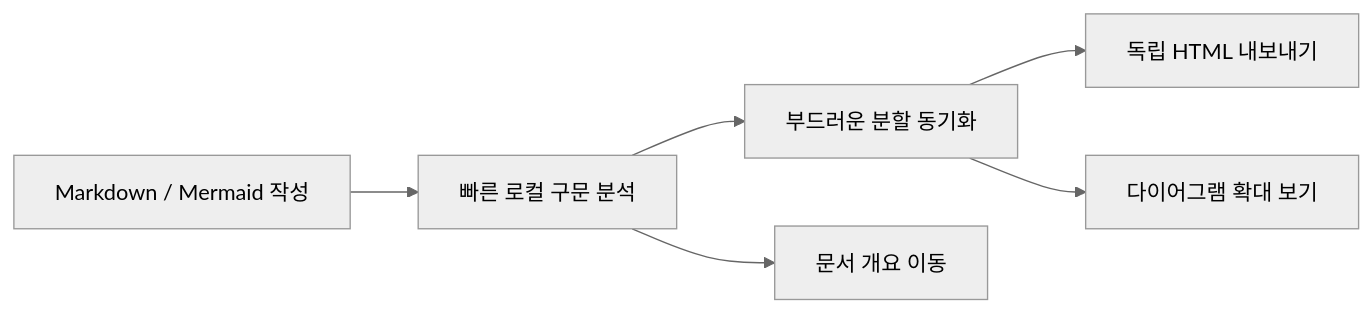
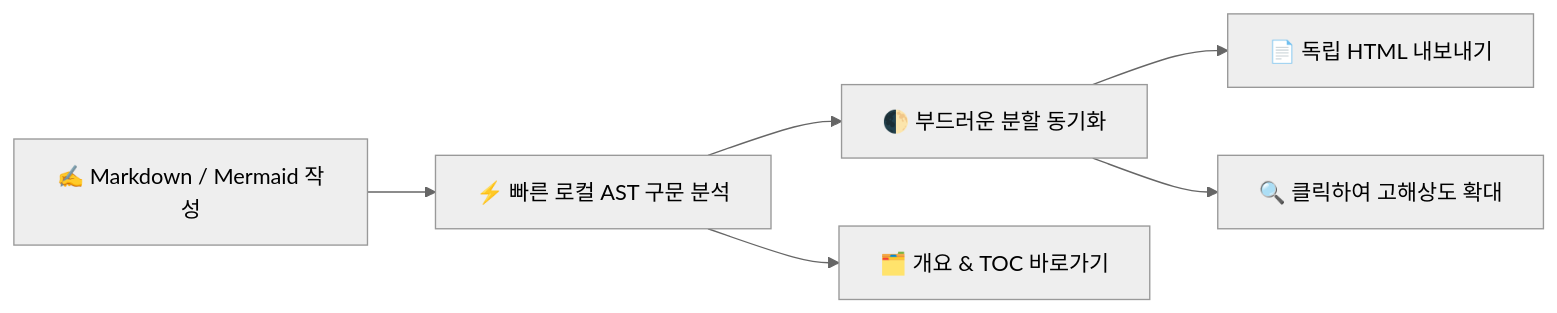
The diagram in crates/zmark_app/assets/welcome/ko.md (2716190547/zmark), drawn with Mermaid (neutral theme) before and after one commit. The commit also changed other lines of this file and 32 other files, not shown here.

````diff
--- a/crates/zmark_app/assets/welcome/ko.md
+++ b/crates/zmark_app/assets/welcome/ko.md
@@ -72,8 +84,8 @@
 ```mermaid
 flowchart LR
-    Write["Markdown / Mermaid 작성"] --> Parse["빠른 로컬 구문 분석"]
-    Parse --> Split["부드러운 분할 동기화"]
-    Parse --> Outline["문서 개요 이동"]
-    Split --> Export["독립 HTML 내보내기"]
-    Split --> Lightbox["다이어그램 확대 보기"]
+    Write["✍️ Markdown / Mermaid 작성"] --> Parse["⚡️ 빠른 로컬 AST 구문 분석"]
+    Parse --> Split["🌓 부드러운 분할 동기화"]
+    Parse --> Outline["🗂️ 개요 & TOC 바로가기"]
+    Split --> Export["📄 독립 HTML 내보내기"]
+    Split --> Lightbox["🔍 클릭하여 고해상도 확대"]
 ```
````
